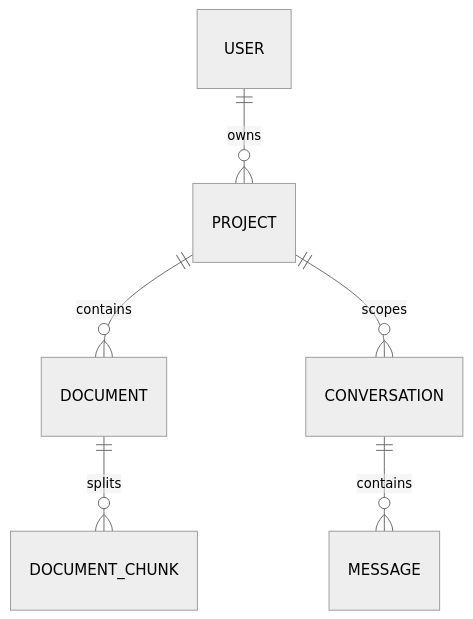
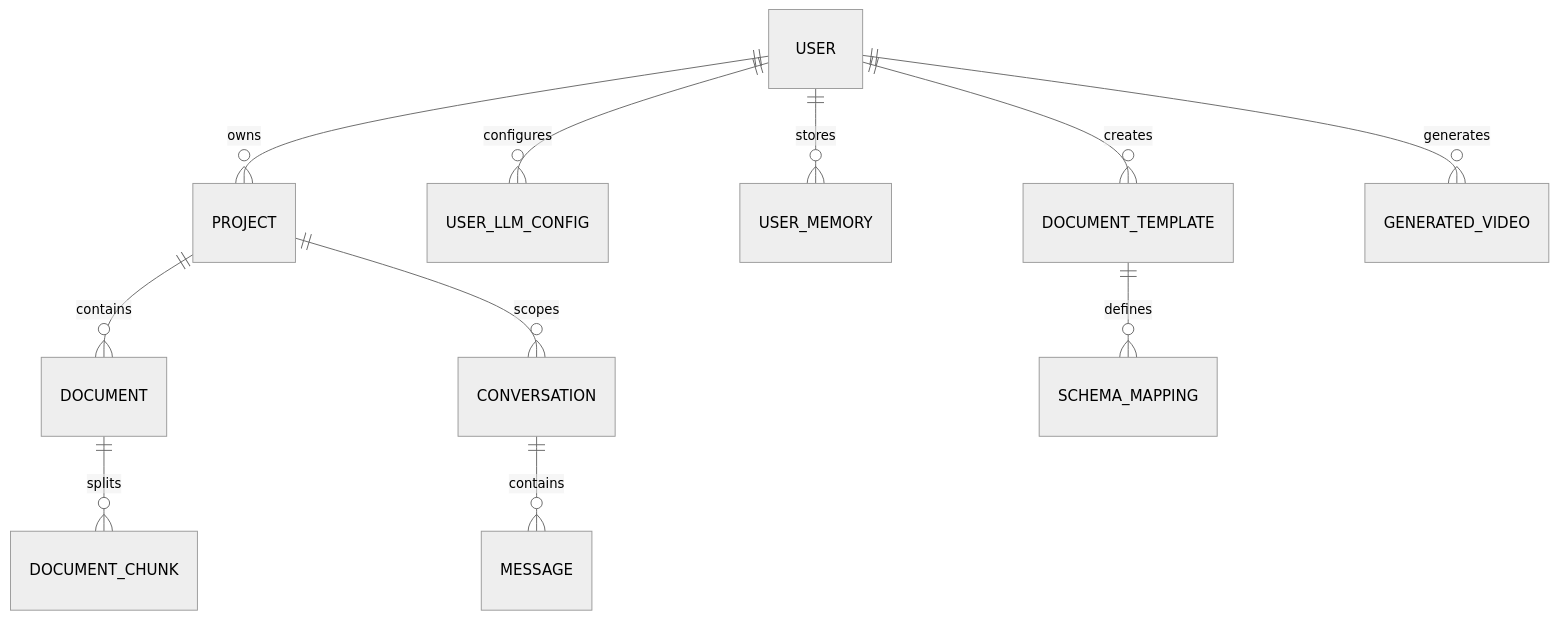
One commit to Tusharyadav21/artha changed the diagram in .ai/database.md. Above: the diagram before and after it, drawn with Mermaid (neutral theme). The commit also changed other lines of this file and 263 other files, not shown here.

Commit message:
refactor: restructure backend architecture, consolidate agent services, and unify platform models

````diff
--- a/.ai/database.md
+++ b/.ai/database.md
@@ -9,8 +9,13 @@
 ```mermaid
 erDiagram
   USER ||--o{ PROJECT : owns
+  USER ||--o{ USER_LLM_CONFIG : configures
+  USER ||--o{ USER_MEMORY : stores
+  USER ||--o{ DOCUMENT_TEMPLATE : creates
+  USER ||--o{ GENERATED_VIDEO : generates
   PROJECT ||--o{ DOCUMENT : contains
+  PROJECT ||--o{ CONVERSATION : scopes
   DOCUMENT ||--o{ DOCUMENT_CHUNK : splits
-  PROJECT ||--o{ CONVERSATION : scopes
+  DOCUMENT_TEMPLATE ||--o{ SCHEMA_MAPPING : defines
   CONVERSATION ||--o{ MESSAGE : contains
 ```
````
